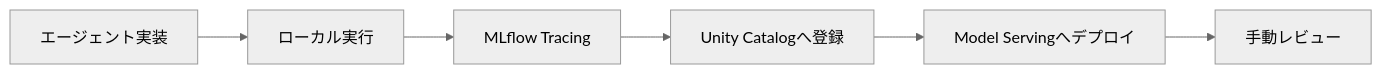
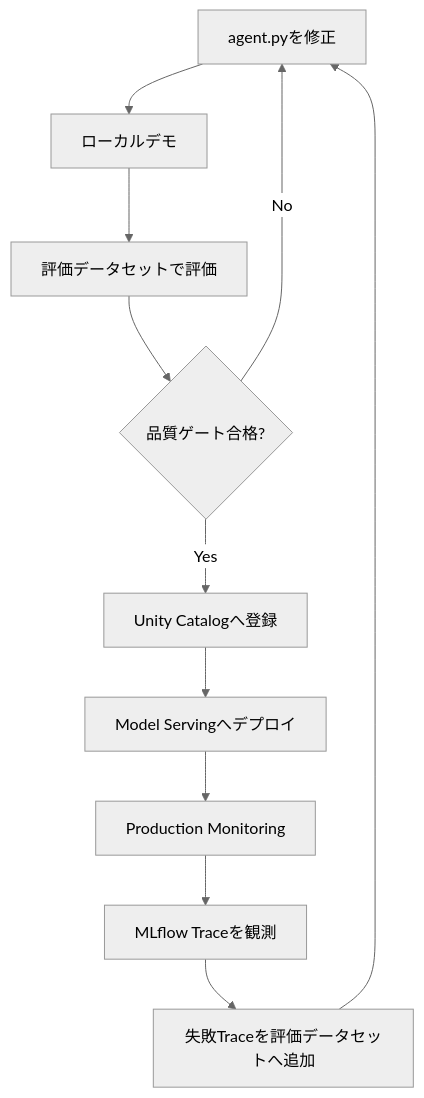
The first of 4 diagrams in articles/databricks-agentops-zenn.md (aymkbyshi/databricks-agentops-customer-support), drawn with Mermaid (neutral theme) before and after one commit. The commit also changed other lines of this file, not shown here.

Commit message:
Rewrite Zenn article for full AgentOps loop

````diff
--- a/articles/databricks-agentops-zenn.md
+++ b/articles/databricks-agentops-zenn.md
@@ -52,8 +29,13 @@
 ```mermaid
-flowchart LR
-    A[エージェント実装] --> B[ローカル実行]
-    B --> C[MLflow Tracing]
-    C --> D[Unity Catalogへ登録]
-    D --> E[Model Servingへデプロイ]
-    E --> F[手動レビュー]
+flowchart TD
+    A[agent.pyを修正] --> B[ローカルデモ]
+    B --> C[評価データセットで評価]
+    C --> D{品質ゲート合格?}
+    D -->|No| A
+    D -->|Yes| E[Unity Catalogへ登録]
+    E --> F[Model Servingへデプロイ]
+    F --> G[Production Monitoring]
+    G --> H[MLflow Traceを観測]
+    H --> I[失敗Traceを評価データセットへ追加]
+    I --> A
 ```
````
